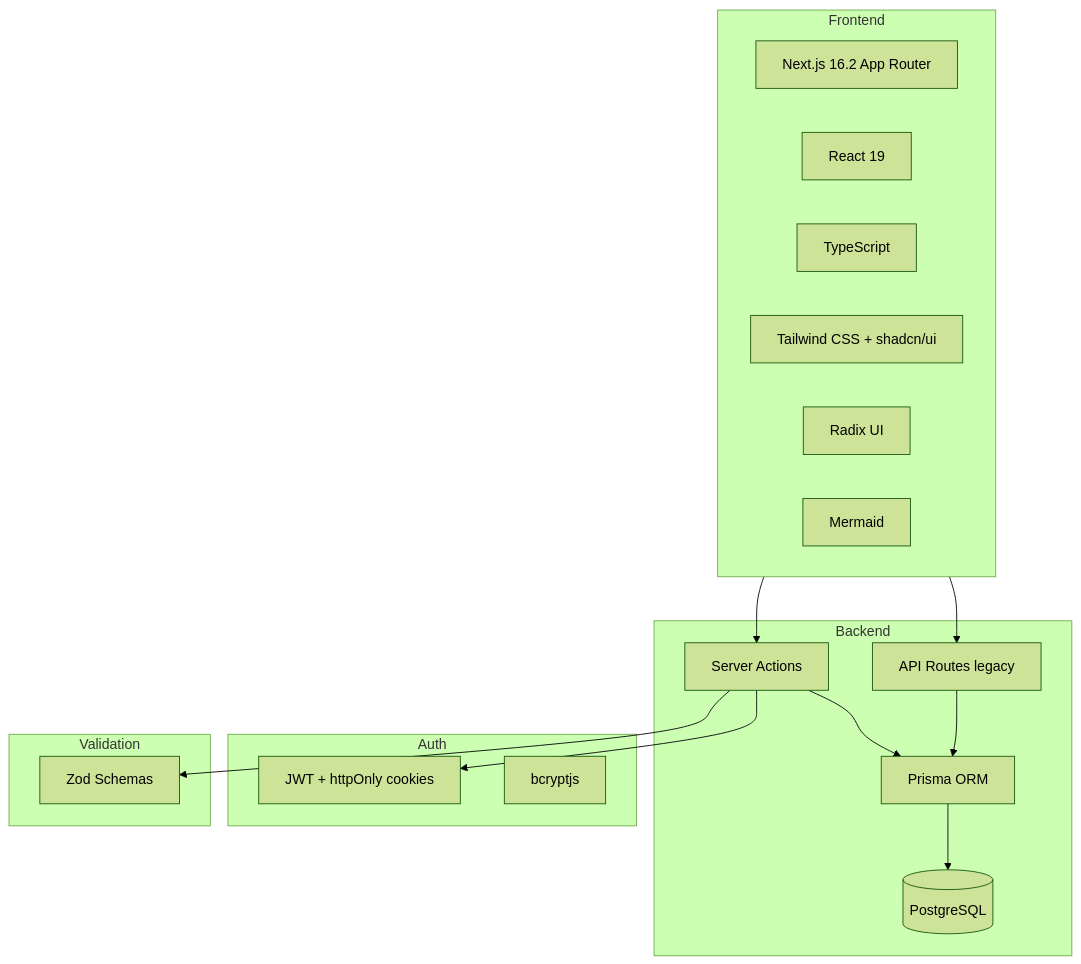
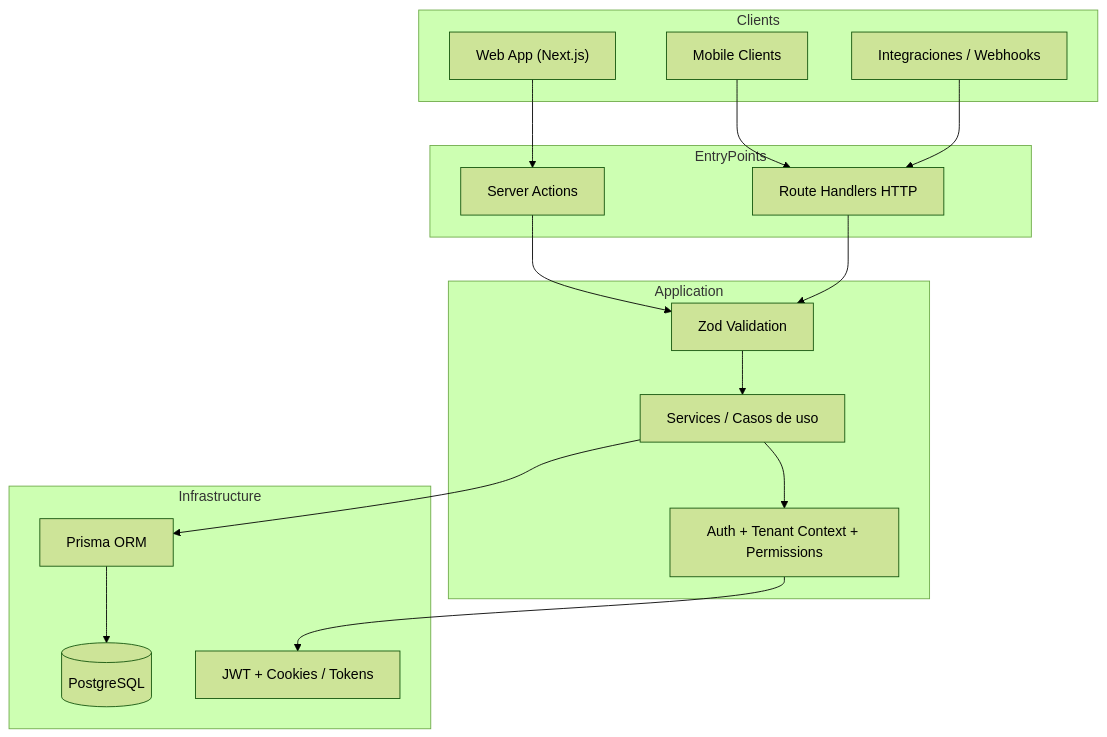
One commit to kr4t3rdev/Inventario changed the first of 4 diagrams in docs/ARCHITECTURE.md. Above: the diagram before and after it, drawn with Mermaid (forest theme). The commit also changed other lines of this file and 1 other file, not shown here.

First line of the commit message:
docs: complete architecture docs rewrite and index update

````diff
--- a/docs/ARCHITECTURE.md
+++ b/docs/ARCHITECTURE.md
@@ -25,35 +47,37 @@
 ```mermaid
 graph TD
-    subgraph Frontend
-        Next15[Next.js 16.2 App Router]
-        React19[React 19]
-        TS[TypeScript]
-        TW[Tailwind CSS + shadcn/ui]
-        Radix[Radix UI]
-        Mermaid[Mermaid]
+    subgraph Clients
+        Web["Web App (Next.js)"]
+        Mobile["Mobile Clients"]
+        Integrations["Integraciones / Webhooks"]
     end
 
-    subgraph Backend
-        SA[Server Actions]
-        API[API Routes legacy]
-        Prisma[Prisma ORM]
-        PG[(PostgreSQL)]
+    subgraph EntryPoints
+        SA["Server Actions"]
+        API["Route Handlers HTTP"]
     end
 
-    subgraph Auth
-        JWT[JWT + httpOnly cookies]
-        Bcrypt[bcryptjs]
+    subgraph Application
+        Services["Services / Casos de uso"]
+        Auth["Auth + Tenant Context + Permissions"]
+        Validation["Zod Validation"]
     end
 
-    subgraph Validation
-        Zod[Zod Schemas]
+    subgraph Infrastructure
+        Prisma["Prisma ORM"]
+        Postgres[("PostgreSQL")]
+        JWT["JWT + Cookies / Tokens"]
     end
 
-    Frontend --> SA
-    Frontend --> API
-    SA --> Prisma
-    API --> Prisma
-    SA --> JWT
-    SA --> Zod
-    Prisma --> PG
+    Web --> SA
+    Mobile --> API
+    Integrations --> API
+
+    SA --> Validation
+    API --> Validation
+    Validation --> Services
+    Services --> Auth
+    Services --> Prisma
+    Auth --> JWT
+    Prisma --> Postgres
 ```
````
